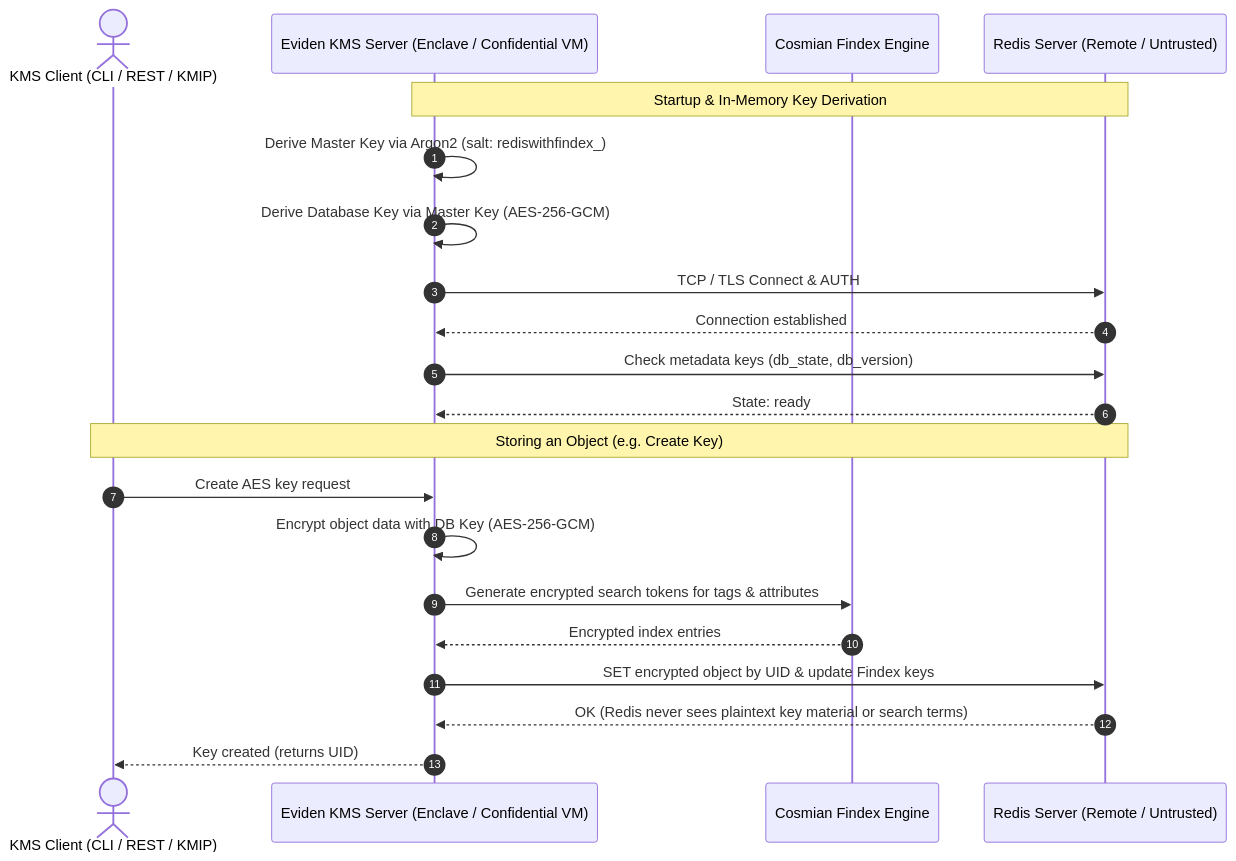
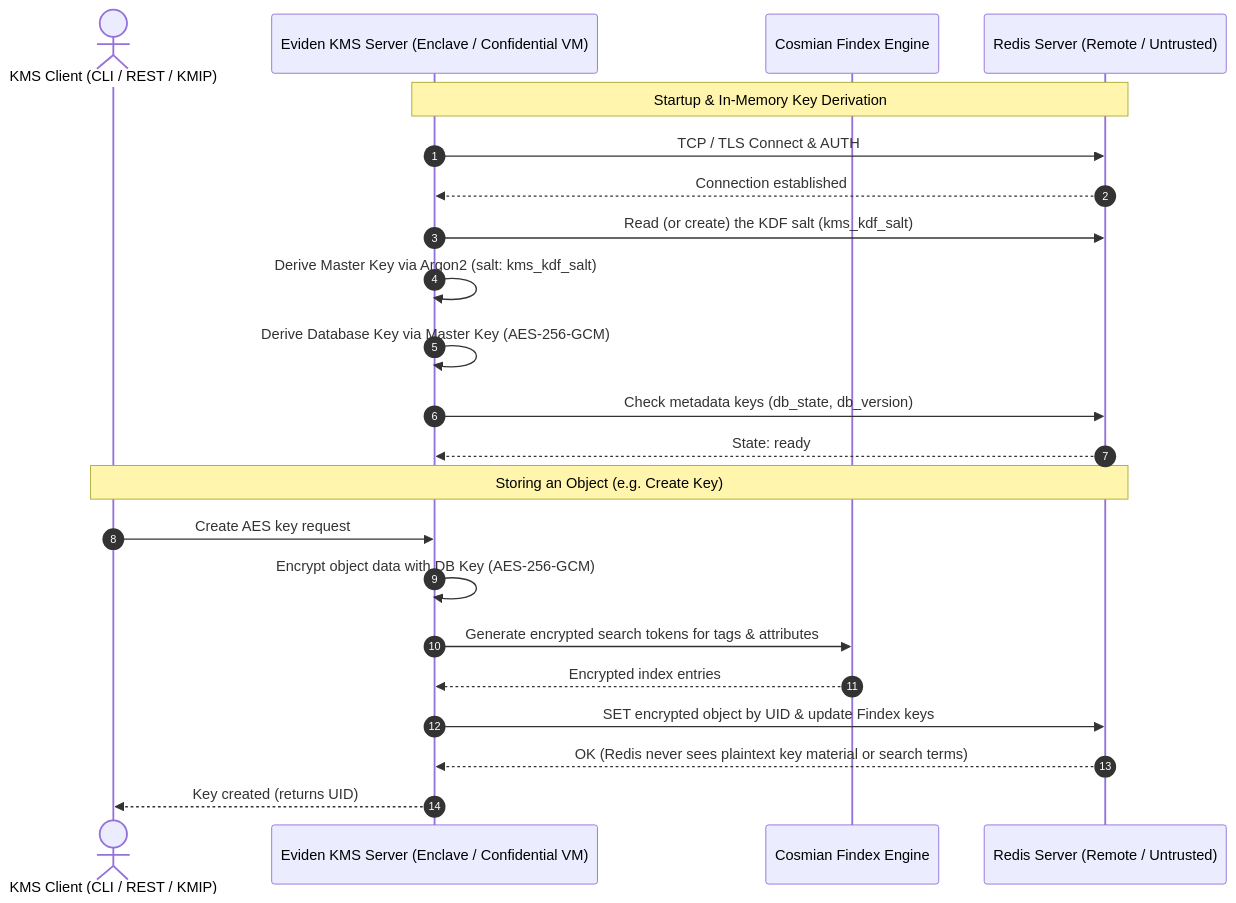
The diagram in documentation/docs/configuration/database/redis.md (Cosmian/kms), drawn with Mermaid before and after one commit. The commit also changed other lines of this file and 99 other files, not shown here.

````diff
--- a/documentation/docs/configuration/database/redis.md
+++ b/documentation/docs/configuration/database/redis.md
@@ -72,25 +72,26 @@
 ```mermaid
 sequenceDiagram
     autonumber
     actor Client as KMS Client (CLI / REST / KMIP)
     participant KMS as Eviden KMS Server (Enclave / Confidential VM)
     participant Findex as Cosmian Findex Engine
     participant Redis as Redis Server (Remote / Untrusted)
 
     Note over KMS,Redis: Startup & In-Memory Key Derivation
-    KMS->>KMS: Derive Master Key via Argon2 (salt: rediswithfindex_)
-    KMS->>KMS: Derive Database Key via Master Key (AES-256-GCM)
     KMS->>Redis: TCP / TLS Connect & AUTH
     Redis-->>KMS: Connection established
+    KMS->>Redis: Read (or create) the KDF salt (kms_kdf_salt)
+    KMS->>KMS: Derive Master Key via Argon2 (salt: kms_kdf_salt)
+    KMS->>KMS: Derive Database Key via Master Key (AES-256-GCM)
     KMS->>Redis: Check metadata keys (db_state, db_version)
     Redis-->>KMS: State: ready
 
     Note over Client,Redis: Storing an Object (e.g. Create Key)
     Client->>KMS: Create AES key request
     KMS->>KMS: Encrypt object data with DB Key (AES-256-GCM)
     KMS->>Findex: Generate encrypted search tokens for tags & attributes
     Findex-->>KMS: Encrypted index entries
     KMS->>Redis: SET encrypted object by UID & update Findex keys
     Redis-->>KMS: OK (Redis never sees plaintext key material or search terms)
     KMS-->>Client: Key created (returns UID)
 ```
````
